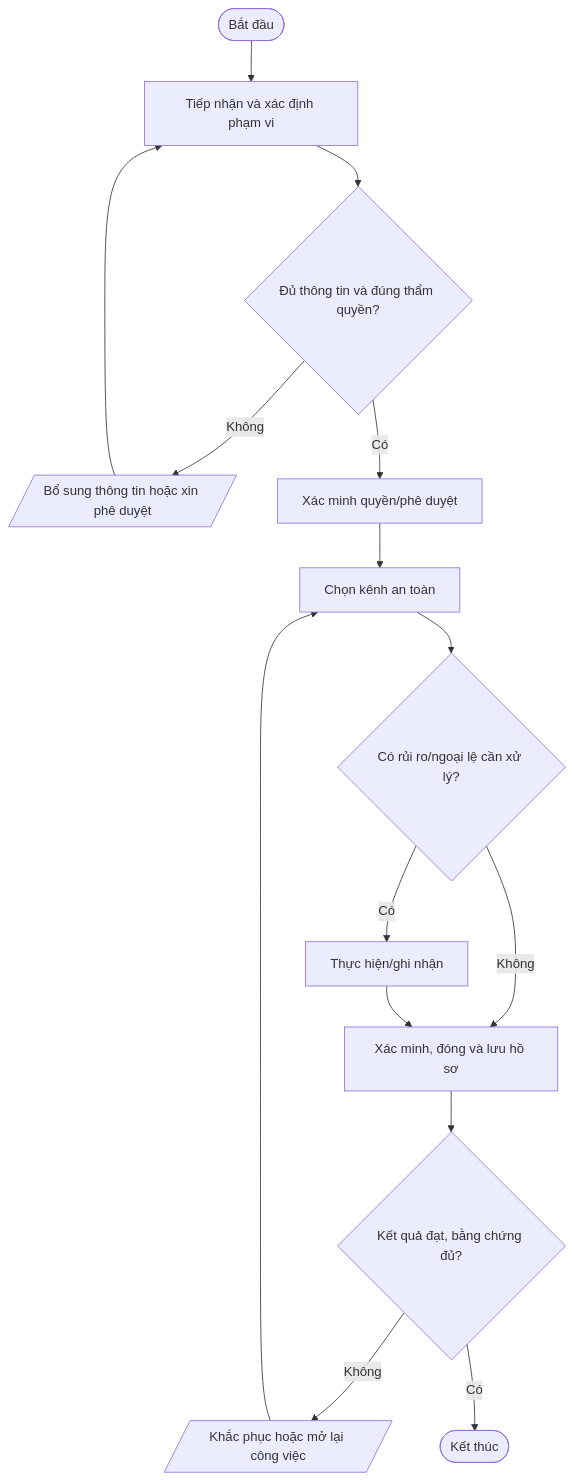
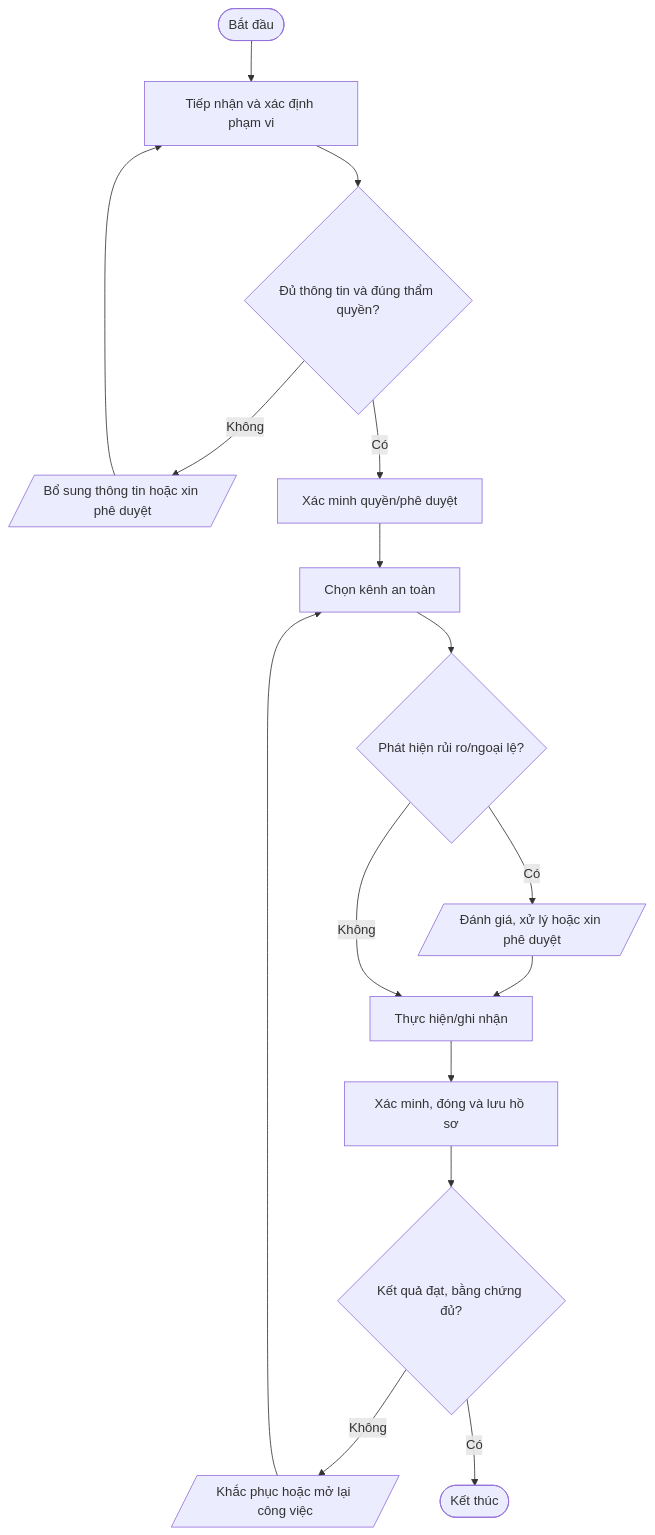
Before and after one commit to daoaigiangnam/Quy_Trinh_Chuan: diagram 11 of 11 in quy-trinh/03-An-toan-thong-tin/README.md, drawn with Mermaid. The commit also changed other lines of this file, not shown here.

Commit message:
docs: correct procedure flowchart decision paths

````diff
--- a/quy-trinh/03-An-toan-thong-tin/README.md
+++ b/quy-trinh/03-An-toan-thong-tin/README.md
@@ -937,17 +947,18 @@
 ```mermaid
 flowchart TD
   A([Bắt đầu]) --> S1["Tiếp nhận và xác định phạm vi"]
   S1 --> D1{"Đủ thông tin và đúng thẩm quyền?"}
   D1 -- Không --> F1[/"Bổ sung thông tin hoặc xin phê duyệt"/]
   F1 --> S1
   D1 -- Có --> S2["Xác minh quyền/phê duyệt"]
   S2 --> S3["Chọn kênh an toàn"]
-  S3 --> D2{"Có rủi ro/ngoại lệ cần xử lý?"}
-  D2 -- Có --> S4["Thực hiện/ghi nhận"]
-  D2 -- Không --> S5["Xác minh, đóng và lưu hồ sơ"]
-  S4 --> S5
+  S3 --> D2{"Phát hiện rủi ro/ngoại lệ?"}
+  D2 -- Có --> RISK[/"Đánh giá, xử lý hoặc xin phê duyệt"/]
+  RISK --> S4["Thực hiện/ghi nhận"]
+  D2 -- Không --> S4
+  S4 --> S5["Xác minh, đóng và lưu hồ sơ"]
   S5 --> D3{"Kết quả đạt, bằng chứng đủ?"}
   D3 -- Không --> R[/"Khắc phục hoặc mở lại công việc"/]
   R --> S3
   D3 -- Có --> Z([Kết thúc])
 ```
````
